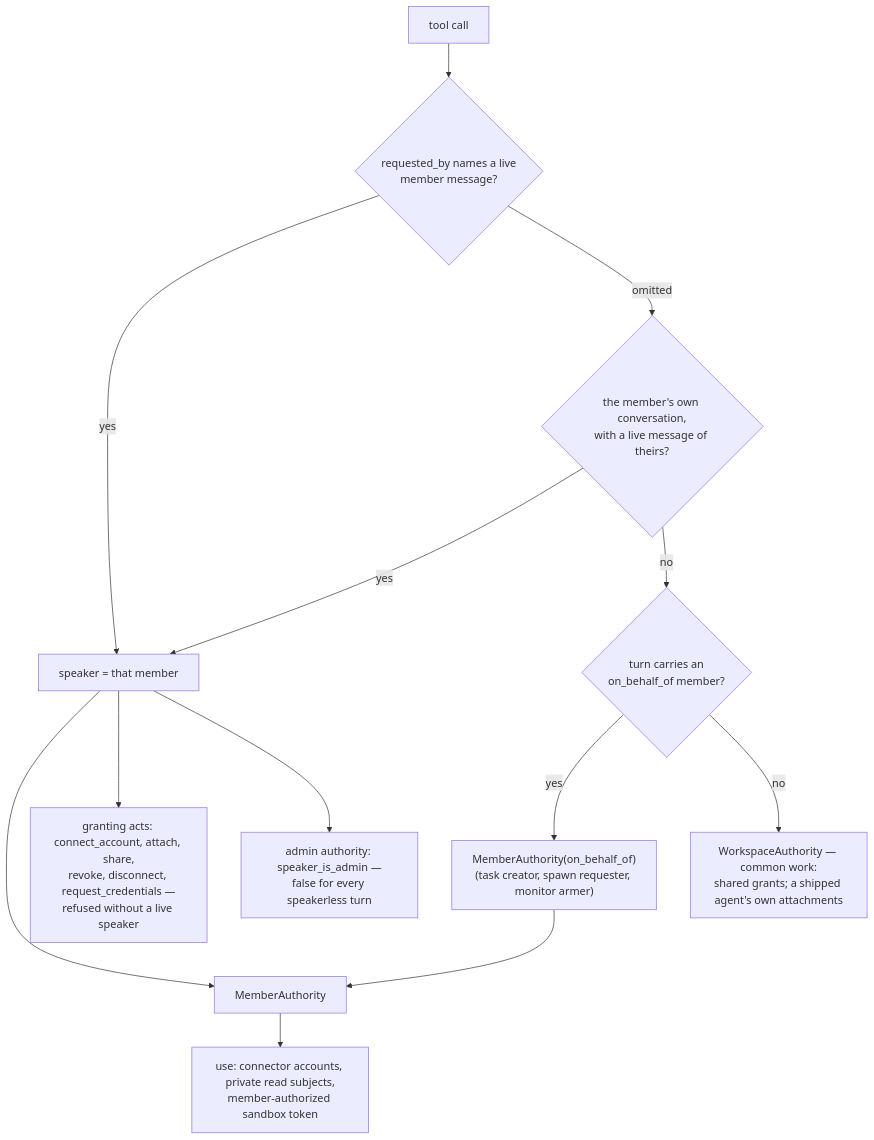
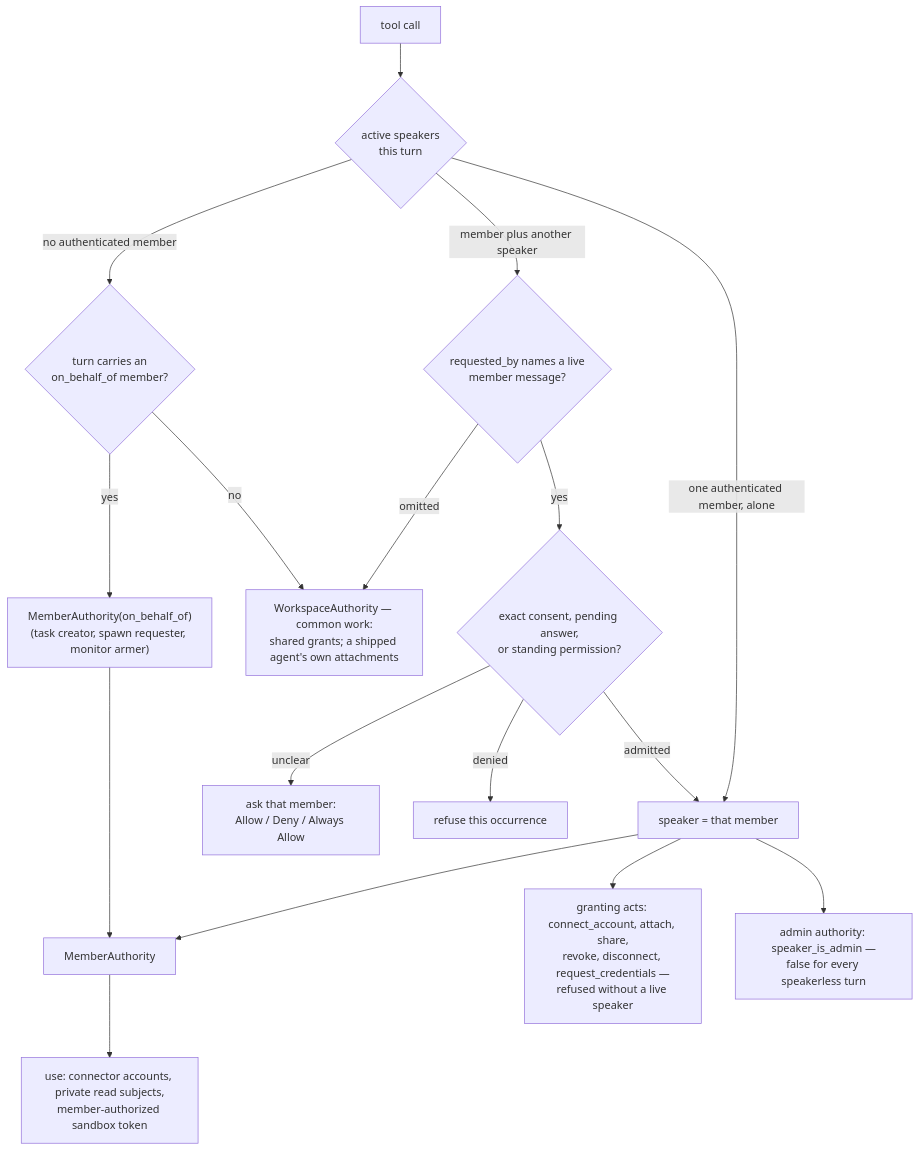
The second of 5 diagrams in docs/permissions.md (ufo-ai/ufo-core), drawn with Mermaid before and after one commit. The commit also changed other lines of this file and 202 other files, not shown here.

````diff
--- a/docs/permissions.md
+++ b/docs/permissions.md
@@ -75,15 +79,19 @@
 ```mermaid
 flowchart TD
-    TC["tool call"] --> RB{"requested_by names a live<br/>member message?"}
-    RB -->|yes| SP["speaker = that member"]
-    RB -->|omitted| OWN{"the member's own conversation,<br/>with a live message of theirs?"}
-    OWN -->|yes| SP
-    OWN -->|no| OB{"turn carries an<br/>on_behalf_of member?"}
+    TC["tool call"] --> AM{"active speakers<br/>this turn"}
+    AM -->|one authenticated member, alone| SP["speaker = that member"]
+    AM -->|member plus another speaker| RB{"requested_by names a live<br/>member message?"}
+    RB -->|yes| AU{"exact consent, pending answer,<br/>or standing permission?"}
+    AU -->|admitted| SP
+    AU -->|unclear| ASK["ask that member:<br/>Allow / Deny / Always Allow"]
+    AU -->|denied| STOP["refuse this occurrence"]
+    RB -->|omitted| NONE
+    AM -->|no authenticated member| OB{"turn carries an<br/>on_behalf_of member?"}
     OB -->|yes| BEH["MemberAuthority(on_behalf_of)<br/>(task creator, spawn requester, monitor armer)"]
     OB -->|no| NONE["WorkspaceAuthority — common work:<br/>shared grants; a shipped agent's own attachments"]
     SP --> ACT["MemberAuthority"]
     BEH --> ACT
     ACT --> USE["use: connector accounts, private read subjects,<br/>member-authorized sandbox token"]
     SP --> GR["granting acts: connect_account, attach, share,<br/>revoke, disconnect, request_credentials —<br/>refused without a live speaker"]
     SP --> AD["admin authority: speaker_is_admin —<br/>false for every speakerless turn"]
 ```
````
